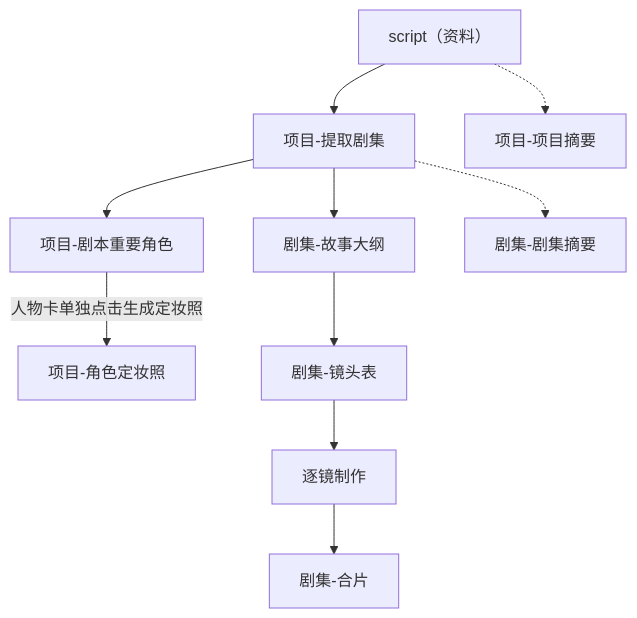
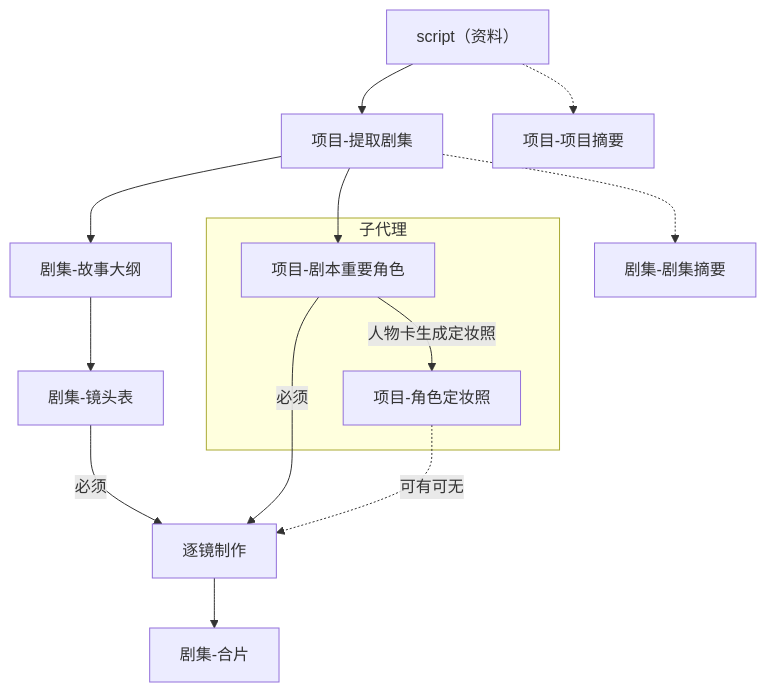
The first of 3 diagrams in meiji/dev_docs/制作工作流.md (senbenyi/meiji-harness), drawn with Mermaid before and after one commit. The commit also changed other lines of this file and 140 other files, not shown here.

````diff
--- a/meiji/dev_docs/制作工作流.md
+++ b/meiji/dev_docs/制作工作流.md
@@ -35,20 +38,27 @@
 ```mermaid
 flowchart TD
   script["script（资料）"]
   split["项目-提取剧集"]
-  people["项目-剧本重要角色"]
-  look["项目-角色定妆照"]
   outline["剧集-故事大纲"]
   board["剧集-镜头表"]
   shot["逐镜制作"]
   asm["剧集-合片"]
   psum["项目-项目摘要"]
   esum["剧集-剧集摘要"]
 
+  subgraph cast["子代理"]
+    people["项目-剧本重要角色"]
+    look["项目-角色定妆照"]
+    people -->|人物卡生成定妆照| look
+  end
+
   script --> split
+  split --> outline --> board
   split --> people
-  people -->|人物卡单独点击生成定妆照| look
-  split --> outline --> board --> shot --> asm
+  board -->|必须| shot
+  people -->|必须| shot
+  look -.->|可有可无| shot
+  shot --> asm
   script -.-> psum
   split -.-> esum
 ```
````
